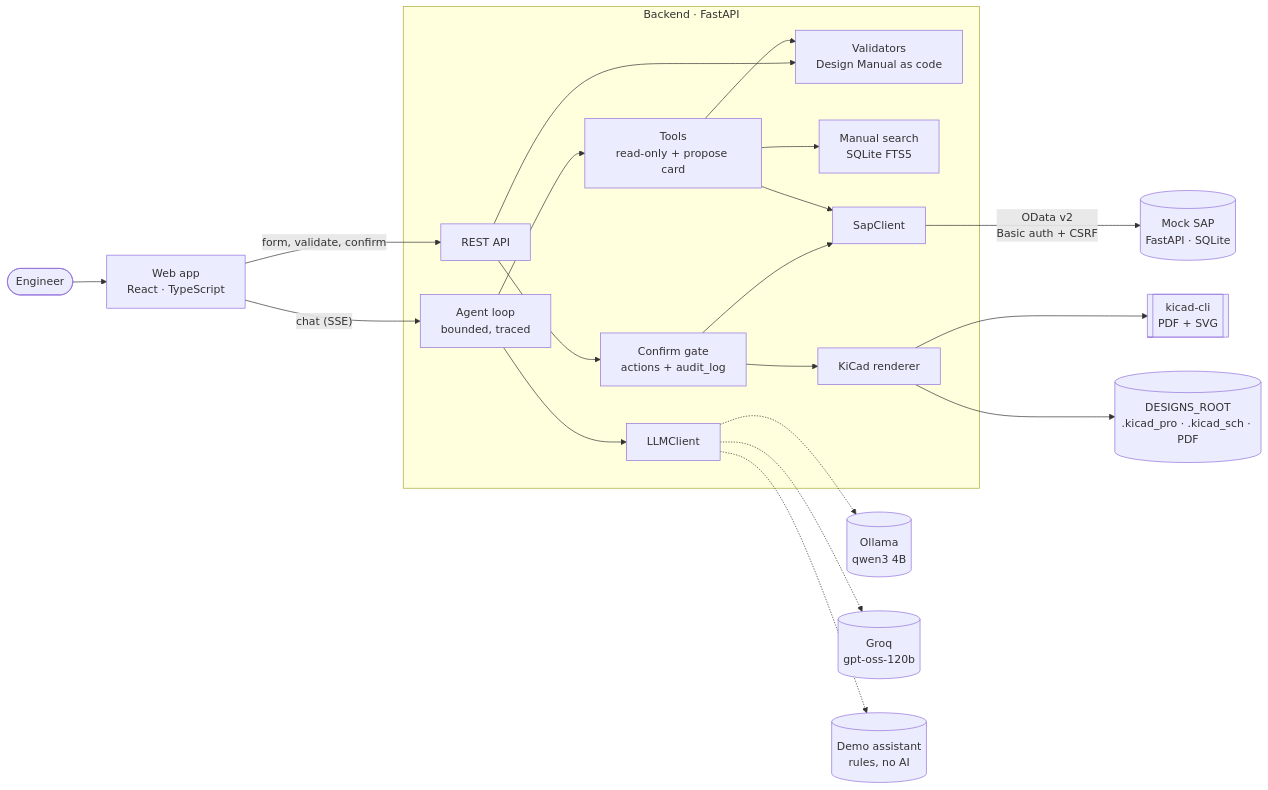
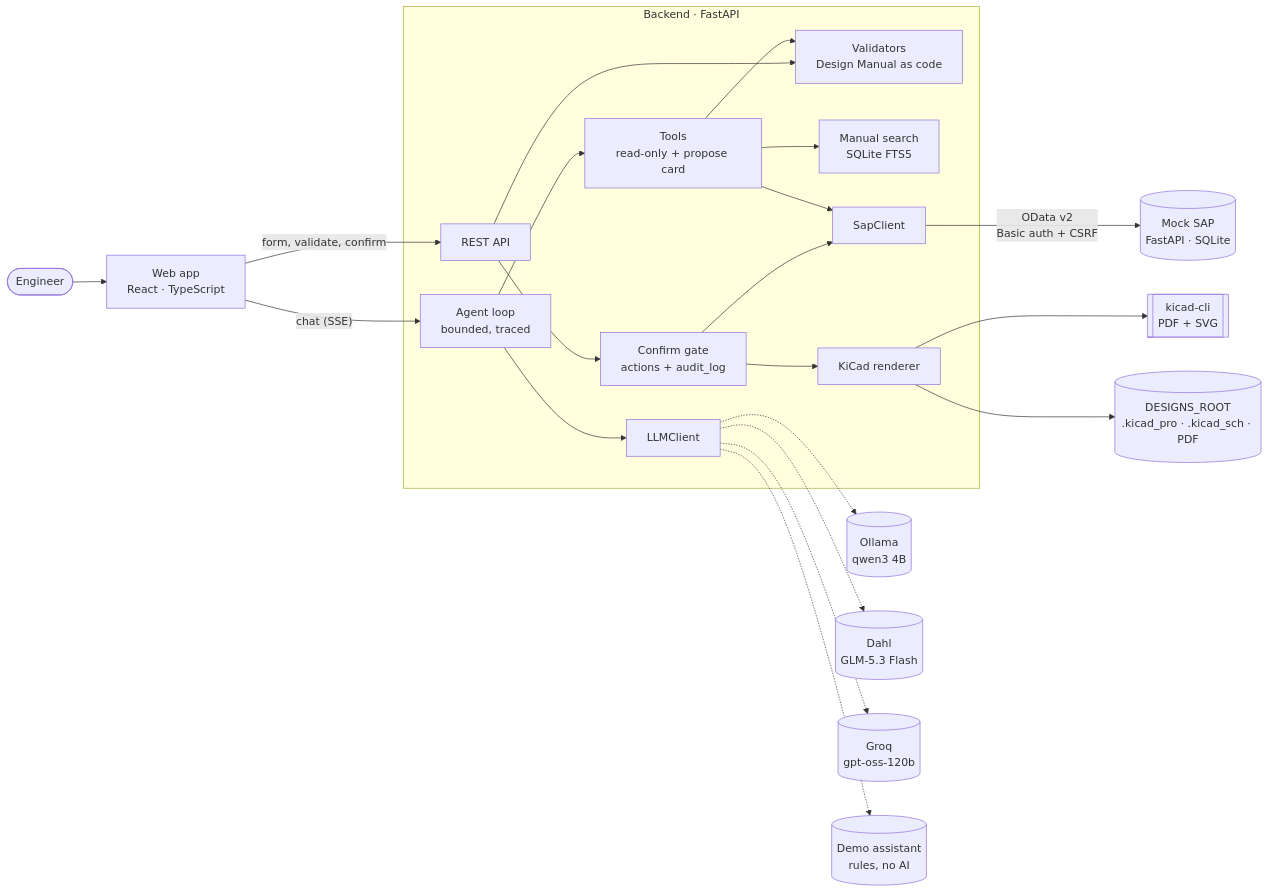
Before and after one commit to carlosgild-web/hl-create-design: the diagram in README.md, drawn with Mermaid. The commit also changed other lines of this file and 5 other files, not shown here.

First line of the commit message:
test(eval): Phase 9 real-model runs on Dahl (GLM-5.3 Flash)

````diff
--- a/README.md
+++ b/README.md
@@ -76,34 +76,35 @@
 ```mermaid
 flowchart LR
     user([Engineer]) --> ui["Web app<br/>React · TypeScript"]
     ui -- "chat (SSE)" --> agent
     ui -- "form, validate, confirm" --> api
 
     subgraph backend["Backend · FastAPI"]
         api["REST API"]
         agent["Agent loop<br/>bounded, traced"]
         tools["Tools<br/>read-only + propose card"]
         rules["Validators<br/>Design Manual as code"]
         manual["Manual search<br/>SQLite FTS5"]
         actions["Confirm gate<br/>actions + audit_log"]
         renderer["KiCad renderer"]
         sapc["SapClient"]
         llm["LLMClient"]
     end
 
     agent --> llm
     llm -.-> ollama[("Ollama<br/>qwen3 4B")]
+    llm -.-> dahl[("Dahl<br/>GLM-5.3 Flash")]
     llm -.-> groq[("Groq<br/>gpt-oss-120b")]
     llm -.-> demo[("Demo assistant<br/>rules, no AI")]
     agent --> tools
     tools --> rules
     tools --> manual
     tools --> sapc
     api --> rules
     api --> actions
     actions --> sapc
     actions --> renderer
     renderer --> kicad[["kicad-cli<br/>PDF + SVG"]]
     renderer --> files[("DESIGNS_ROOT<br/>.kicad_pro · .kicad_sch · PDF")]
     sapc -- "OData v2<br/>Basic auth + CSRF" --> sap[("Mock SAP<br/>FastAPI · SQLite")]
 ```
````
